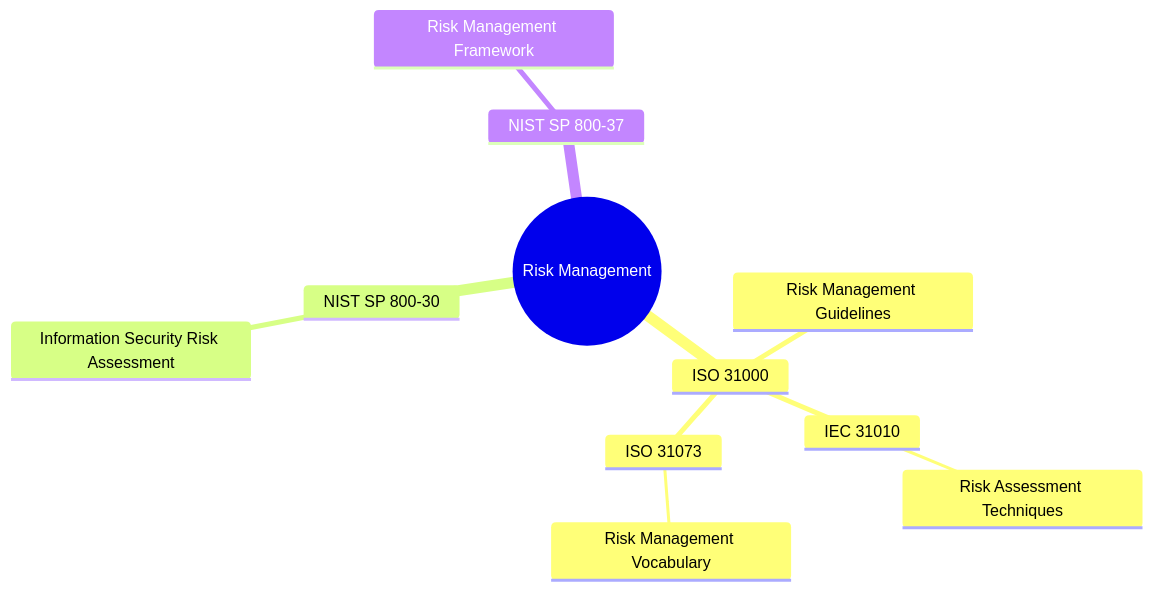
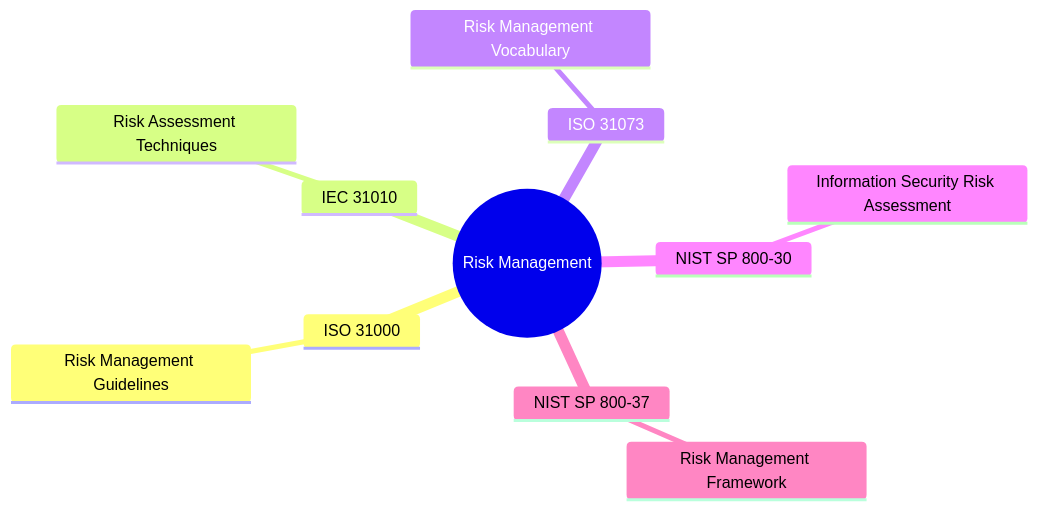
The diagram in cybersecurity-grc-map/docs/risk-management.md (carybdea/mindmaps), drawn with Mermaid before and after one commit. The commit also changed 19 other files, not shown here.

First line of the commit message:
Reorganize mind map structure

````diff
--- a/cybersecurity-grc-map/docs/risk-management.md
+++ b/cybersecurity-grc-map/docs/risk-management.md
@@ -3,14 +3,14 @@
 ```mermaid
 mindmap
   root((Risk Management))
     ISO 31000
       Risk Management Guidelines
-      IEC 31010
-        Risk Assessment Techniques
-      ISO 31073
-        Risk Management Vocabulary
+    IEC 31010
+      Risk Assessment Techniques
+    ISO 31073
+      Risk Management Vocabulary
     NIST SP 800-30
       Information Security Risk Assessment
     NIST SP 800-37
       Risk Management Framework
 ```
````
